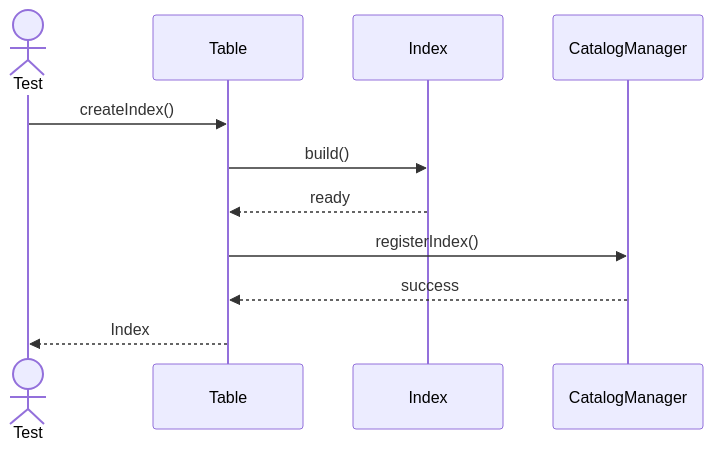
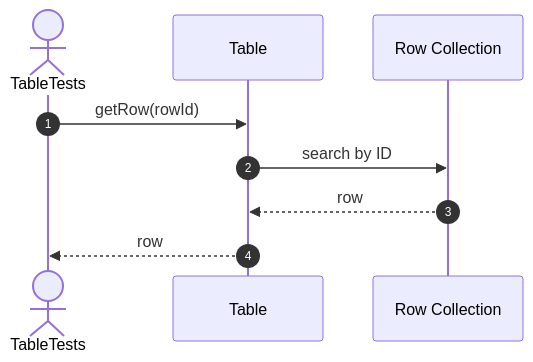
Before and after one commit to FhuAnn/-bbv-AN-s-DBMS: diagram 11 of 20 in src/tests/unit/metadata/sequences/tables-testing.se.md, drawn with Mermaid. The commit also changed other lines of this file and 60 other files, not shown here.

Commit message:
refactor data table, row, column, constraint, index test file

````diff
--- a/src/tests/unit/metadata/sequences/tables-testing.se.md
+++ b/src/tests/unit/metadata/sequences/tables-testing.se.md
@@ -216,19 +198,12 @@
 ```mermaid
 sequenceDiagram
-actor Test
-participant Table
-participant Index
-participant CatalogManager
+    autonumber
+    actor Test as TableTests
+    participant Table as Table
+    participant Rows as Row Collection
 
-Test->>Table: createIndex()
-
-Table->>Index: build()
-
-Index-->>Table: ready
-
-Table->>CatalogManager: registerIndex()
-
-CatalogManager-->>Table: success
-
-Table-->>Test: Index
+    Test->>Table: getRow(rowId)
+    Table->>Rows: search by ID
+    Rows-->>Table: row
+    Table-->>Test: row
 ```
````
